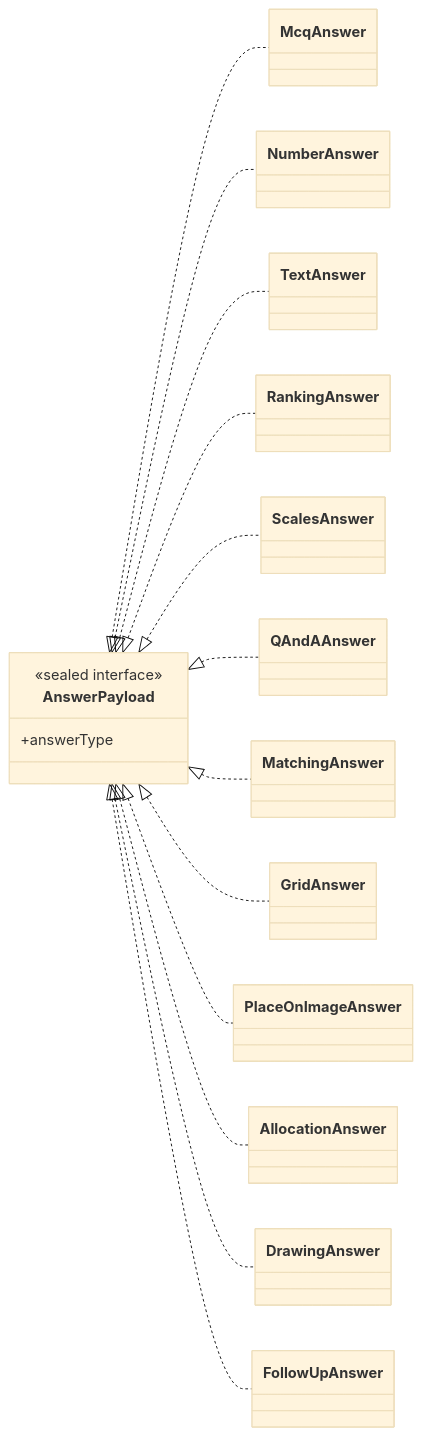
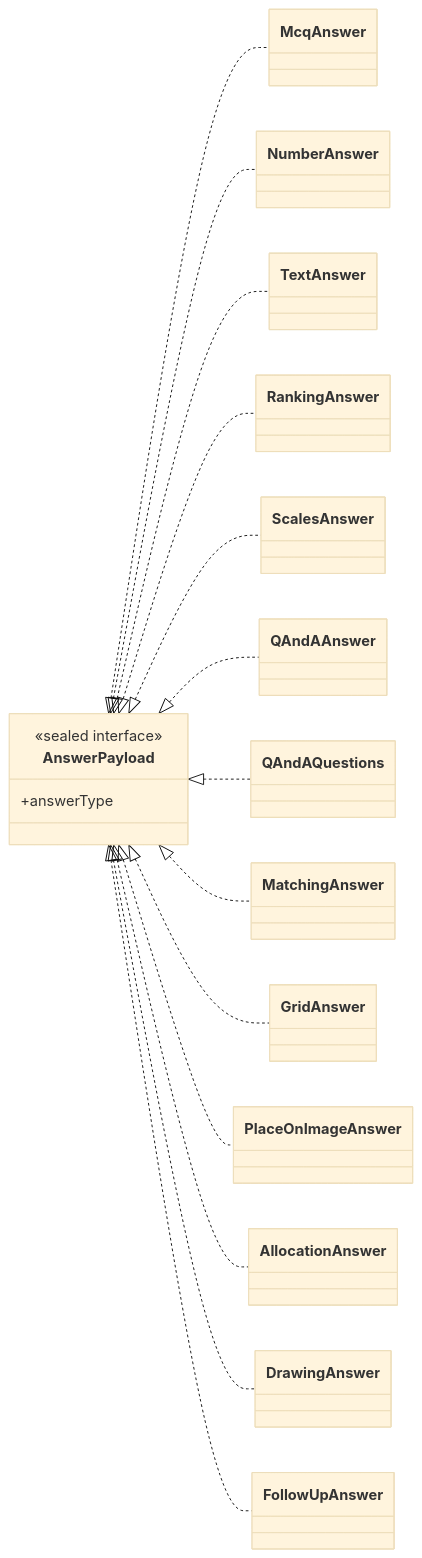
The sixth of 6 diagrams in z-docs/diagrams/domain-model.md (Saganaut/ambi), drawn with Mermaid (base theme) before and after one commit. The commit also changed other lines of this file and 4 other files, not shown here.

````diff
--- a/z-docs/diagrams/domain-model.md
+++ b/z-docs/diagrams/domain-model.md
@@ -264,20 +264,21 @@
 ```mermaid
 classDiagram
     direction LR
     class AnswerPayload {
         <<sealed interface>>
         +answerType
     }
     AnswerPayload <|.. McqAnswer
     AnswerPayload <|.. NumberAnswer
     AnswerPayload <|.. TextAnswer
     AnswerPayload <|.. RankingAnswer
     AnswerPayload <|.. ScalesAnswer
     AnswerPayload <|.. QAndAAnswer
+    AnswerPayload <|.. QAndAQuestions
     AnswerPayload <|.. MatchingAnswer
     AnswerPayload <|.. GridAnswer
     AnswerPayload <|.. PlaceOnImageAnswer
     AnswerPayload <|.. AllocationAnswer
     AnswerPayload <|.. DrawingAnswer
     AnswerPayload <|.. FollowUpAnswer
 ```
````
